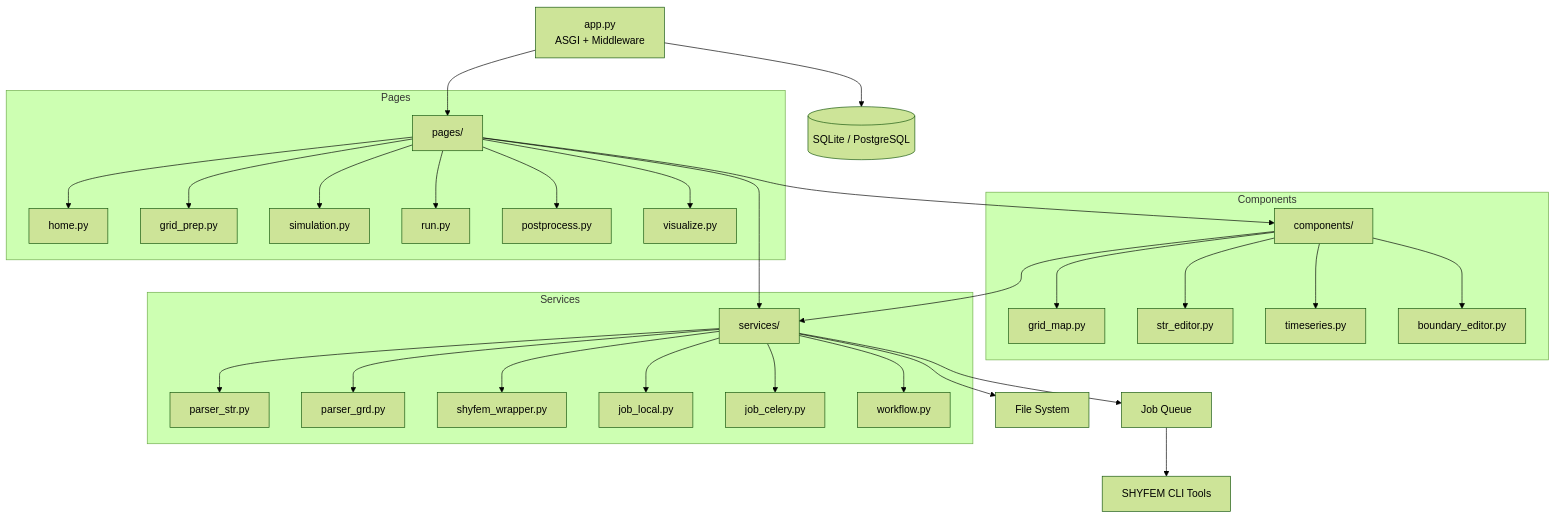
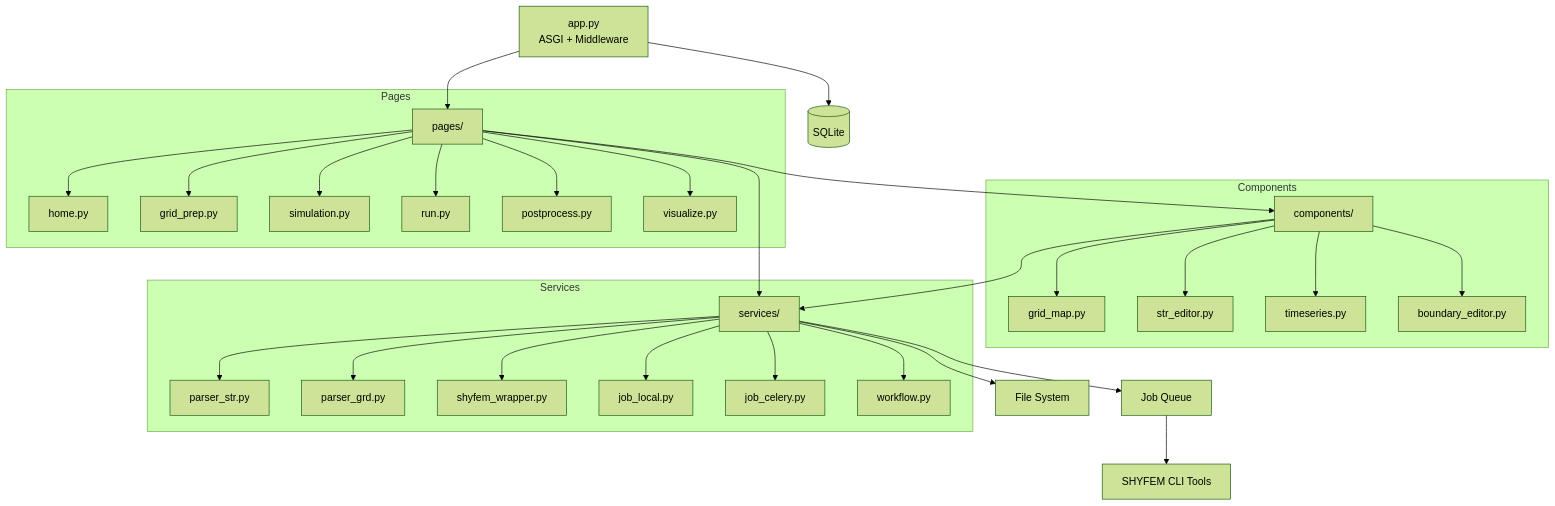
One commit to razinkele/shyfem changed the diagram in shyfem-ui/README.md. Above: the diagram before and after it, drawn with Mermaid (forest theme). The commit also changed 4 other files, not shown here.

First line of the commit message:
docs: EUTRO runs 9 states (sediment compartment off); no PostgreSQL left

````diff
--- a/shyfem-ui/README.md
+++ b/shyfem-ui/README.md
@@ -416,36 +416,36 @@
 ```mermaid
 graph TD
     A[app.py<br>ASGI + Middleware] --> P[pages/]
-    A --> DB[(SQLite / PostgreSQL)]
+    A --> DB[(SQLite)]
     P --> C[components/]
     P --> S[services/]
     C --> S
     S --> Q[Job Queue]
     S --> FS[File System]
     Q --> CLI[SHYFEM CLI Tools]
 
     subgraph Pages
         P --> home.py
         P --> grid_prep.py
         P --> simulation.py
         P --> run.py
         P --> postprocess.py
         P --> visualize.py
     end
 
     subgraph Components
         C --> grid_map.py
         C --> str_editor.py
         C --> timeseries.py
         C --> boundary_editor.py
     end
 
     subgraph Services
         S --> parser_str.py
         S --> parser_grd.py
         S --> shyfem_wrapper.py
         S --> job_local.py
         S --> job_celery.py
         S --> workflow.py
     end
 ```
````
